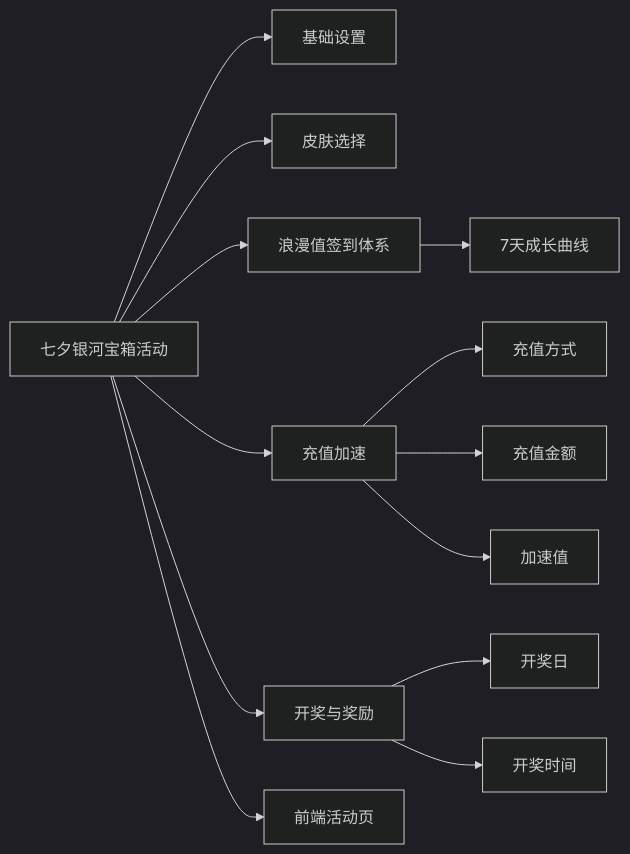
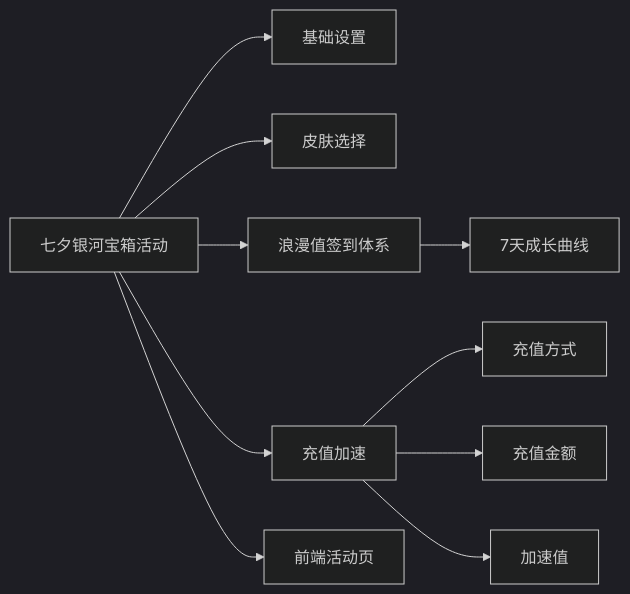
One commit to bala-luoluo/M3 changed the fifth of 5 diagrams in PRD_qixi_galaxy_box_activity_2026-07-31.md. Above: the diagram before and after it, drawn with Mermaid (dark theme). The commit also changed other lines of this file and 1 other file, not shown here.

````diff
--- a/PRD_qixi_galaxy_box_activity_2026-07-31.md
+++ b/PRD_qixi_galaxy_box_activity_2026-07-31.md
@@ -229,16 +216,13 @@
 ```mermaid
 flowchart LR
     A[七夕银河宝箱活动] --> B[基础设置]
     A --> C[皮肤选择]
     A --> D[浪漫值签到体系]
     A --> E[充值加速]
-    A --> F[开奖与奖励]
-    A --> G[前端活动页]
+    A --> F[前端活动页]
 
     D --> D1[7天成长曲线]
     E --> E1[充值方式]
     E --> E2[充值金额]
     E --> E3[加速值]
-    F --> F1[开奖日]
-    F --> F2[开奖时间]
 ```
````
